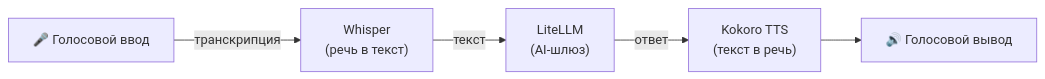
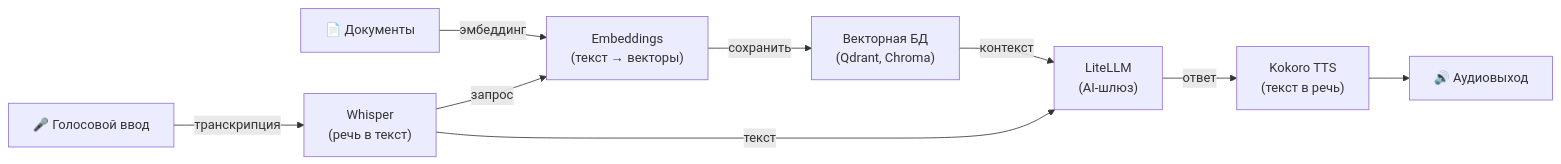
One commit to hwdsl2/docker-tts changed the diagram in README-ru.md. Above: the diagram before and after it, drawn with Mermaid. The commit also changed other lines of this file and 3 other files, not shown here.

````diff
--- a/README-ru.md
+++ b/README-ru.md
@@ -302,7 +302,11 @@
 ```mermaid
 graph LR
+    D["📄 Документы"] -->|эмбеддинг| E["Embeddings<br/>(текст → векторы)"]
+    E -->|сохранить| VDB["Векторная БД<br/>(Qdrant, Chroma)"]
     A["🎤 Голосовой ввод"] -->|транскрипция| W["Whisper<br/>(речь в текст)"]
-    W -->|текст| L["LiteLLM<br/>(AI-шлюз)"]
+    W -->|запрос| E
+    VDB -->|контекст| L["LiteLLM<br/>(AI-шлюз)"]
+    W -->|текст| L
     L -->|ответ| T["Kokoro TTS<br/>(текст в речь)"]
-    T --> B["🔊 Голосовой вывод"]
+    T --> B["🔊 Аудиовыход"]
 ```
````
